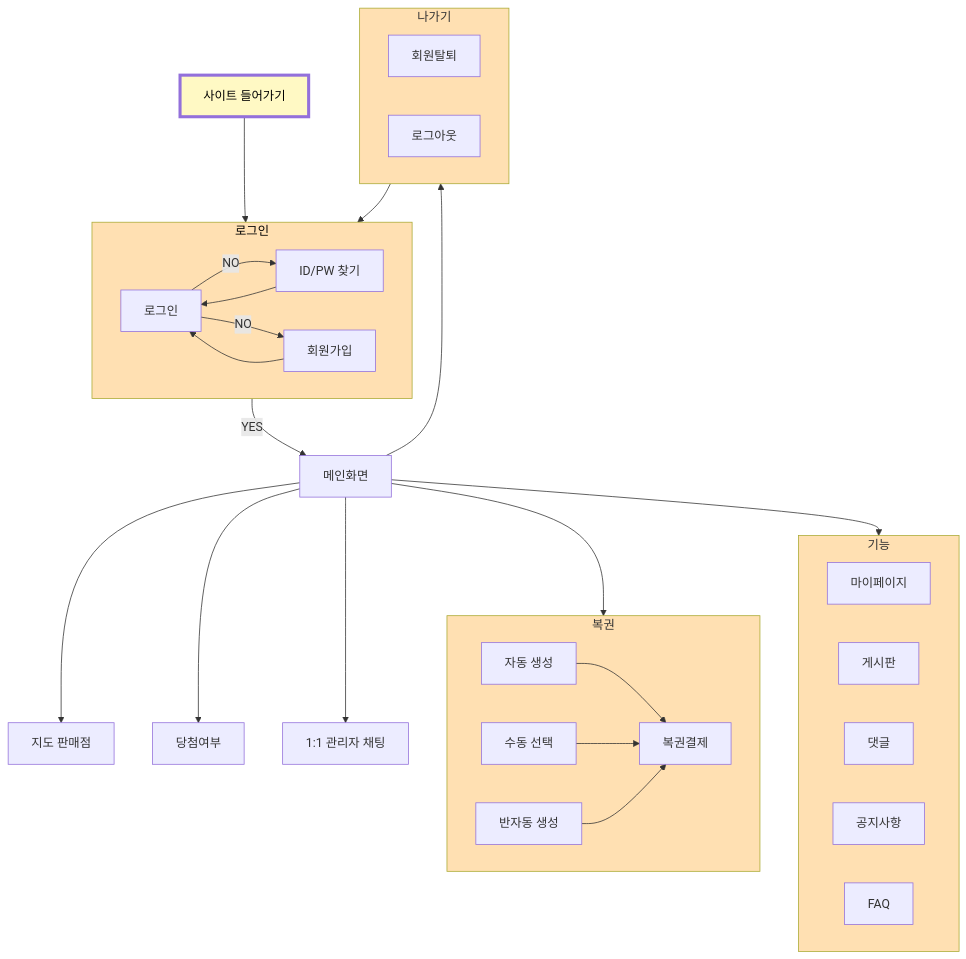
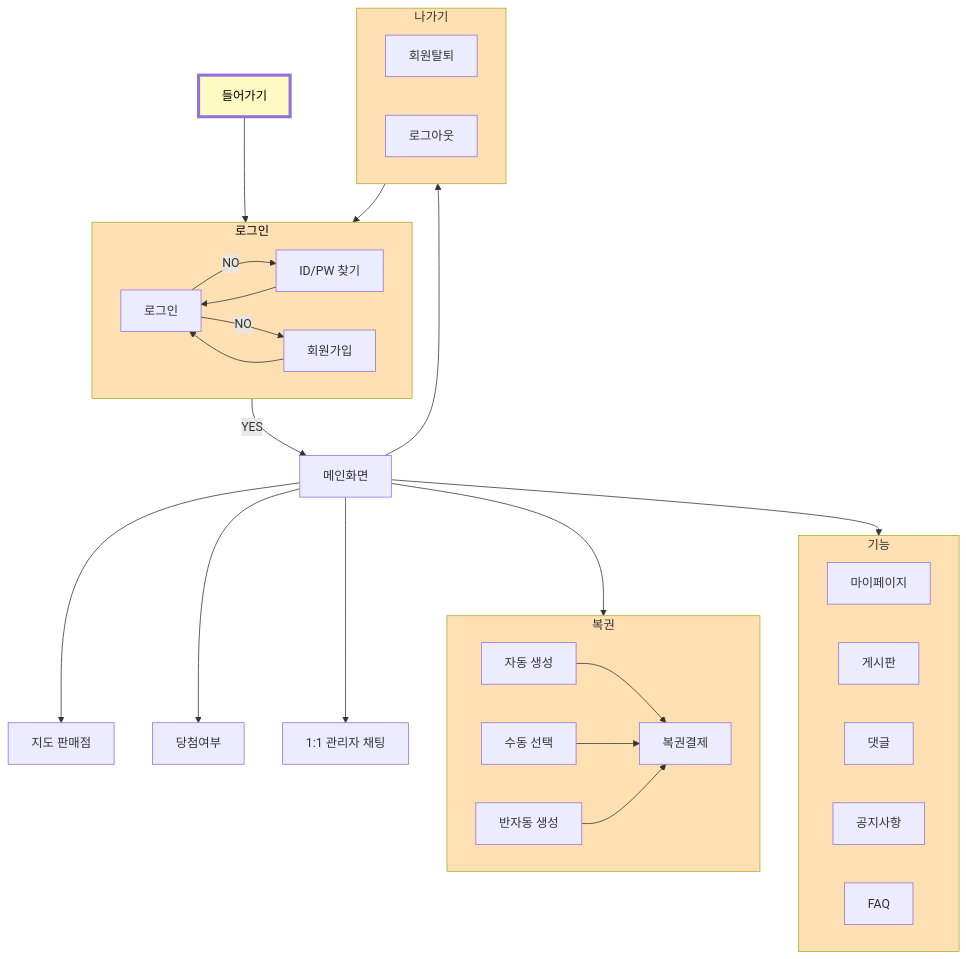
The diagram in _pages/project.md (EndDefault/gitbook), drawn with Mermaid before and after one commit.

Commit message:
update name

````diff
--- a/_pages/project.md
+++ b/_pages/project.md
@@ -12,43 +12,39 @@
 ```mermaid
 flowchart TD
  subgraph 로그인["로그인"]
-        A["로그인"]
-        C["ID/PW 찾기"]
-        D["회원가입"]
+        Login["로그인"]
+        Find["ID/PW 찾기"]
+        Mem["회원가입"]
   end
  subgraph 복권["복권"]
-        E["복권결제"]
-        H["자동 생성"]
-        I["수동 선택"]
-        J["반자동 생성"]
-        H & I & J --> E
+        Pay["복권결제"]
+        Auto["자동 생성"]
+        Passive["수동 선택"]
+        Semi-auto["반자동 생성"]
+        Auto & Passive & Semi-auto --> Pay
   end
  subgraph 기능
         MP["마이페이지"]
-        K["게시판"]
-        L["댓글"]
-        M["공지사항"]
-        N["FAQ"]
+        Bord["게시판"]
+        Comment["댓글"]
+        Notice["공지사항"]
+        FAQ["FAQ"]
   end
  subgraph 나가기["나가기"]
         P["회원탈퇴"]
         Q["로그아웃"]
   end
-    Z["사이트 들어가기"] --> 로그인
-    로그인 -- YES --> B["메인화면"]
-    A -- NO --> C & D
-    C --> A
-    D --> A
-    B --> 복권 & F["지도 판매점"] & G["당첨여부"] & 기능 & O["1:1 관리자 채팅"] & 나가기
+    Z["들어가기"] --> 로그인
+    로그인 -- YES --> Main["메인화면"]
+    Login -- NO --> Find & Mem
+    Mem & Find --> Login
+    Main --> 복권 & Map["지도 판매점"] & win["당첨여부"] & 기능 & Message["1:1 관리자 채팅"] & 나가기
     나가기 --> 로그인
     
 
     style Z stroke-width:4px,stroke-dasharray: 0,color:#000000,fill:#FFF9C4
     style 로그인 fill:#FFE0B2,color:#000000
     style 복권 fill:#FFE0B2
     style 기능 fill:#FFE0B2
     style 나가기 fill:#FFE0B2
-
-
-
 ```
````
